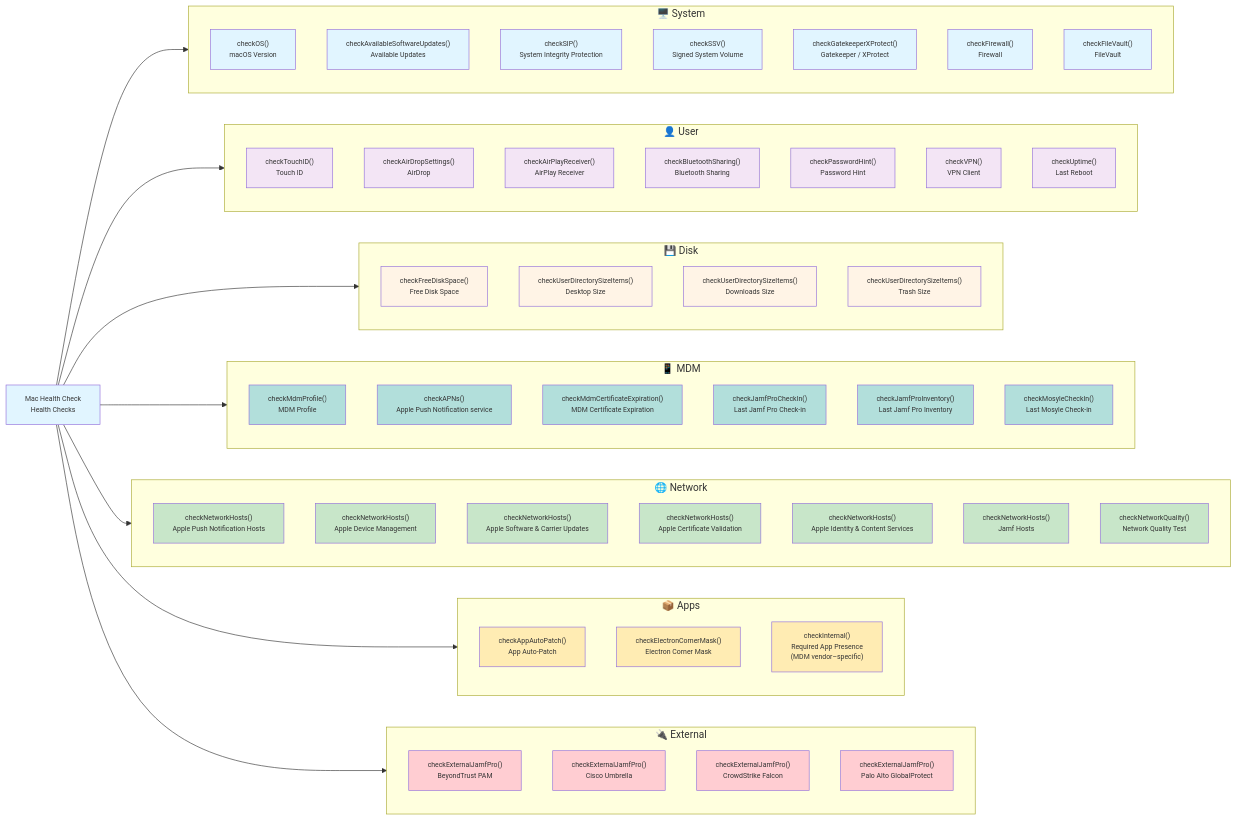
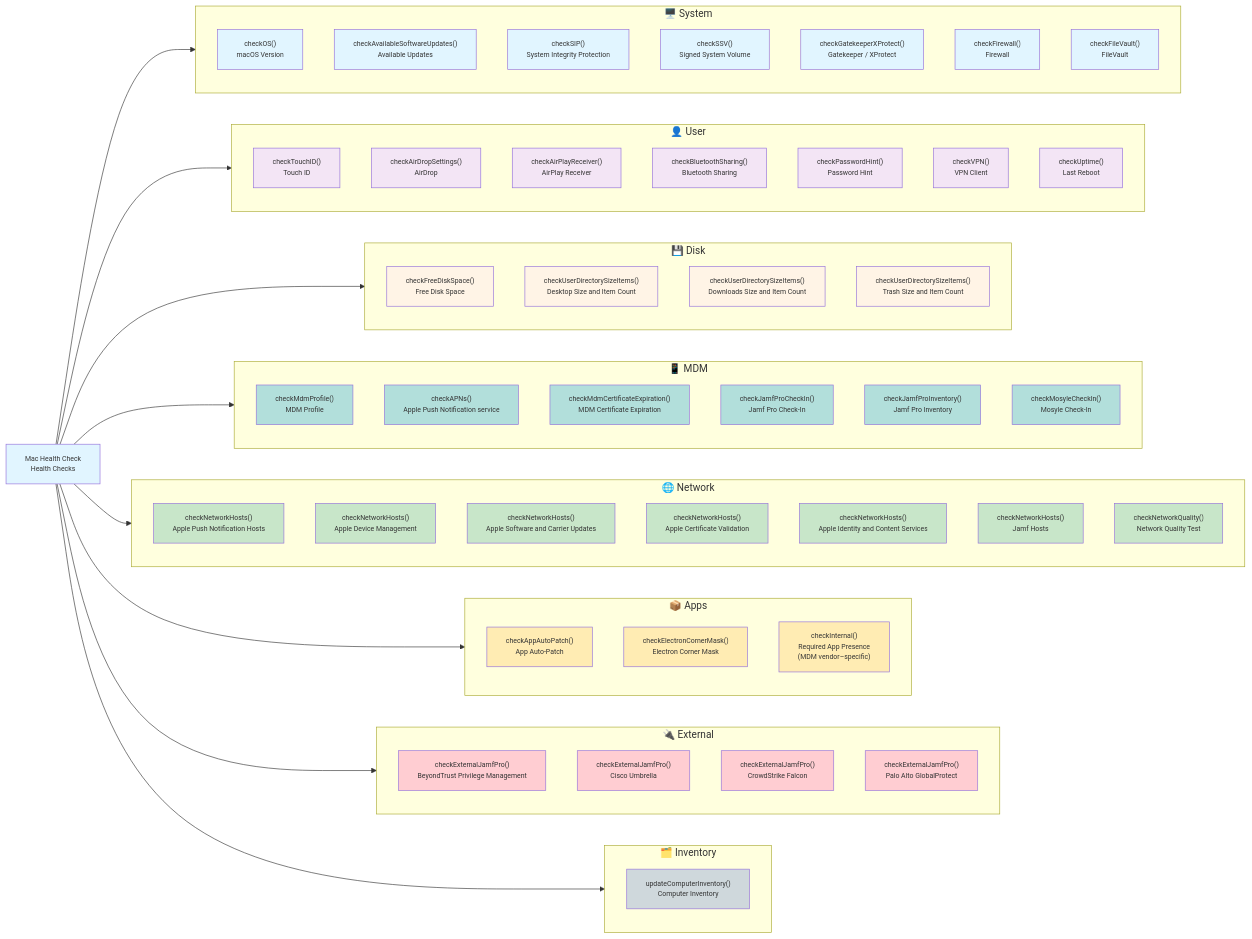
Before and after one commit to dan-snelson/Mac-Health-Check: the diagram in Diagrams/03-health-check-categories.md, drawn with Mermaid. The commit also changed other lines of this file and 15 other files, not shown here.

```diff
--- a/Diagrams/03-health-check-categories.md
+++ b/Diagrams/03-health-check-categories.md
@@ -44,9 +44,9 @@
 
     subgraph Disk["💾 Disk"]
         D1["checkFreeDiskSpace()<br>Free Disk Space"]
-        D2["checkUserDirectorySizeItems()<br>Desktop Size"]
-        D3["checkUserDirectorySizeItems()<br>Downloads Size"]
-        D4["checkUserDirectorySizeItems()<br>Trash Size"]
+        D2["checkUserDirectorySizeItems()<br>Desktop Size and Item Count"]
+        D3["checkUserDirectorySizeItems()<br>Downloads Size and Item Count"]
+        D4["checkUserDirectorySizeItems()<br>Trash Size and Item Count"]
 
         style D1 fill:#fff4e6
         style D2 fill:#fff4e6
@@ -58,9 +58,9 @@
         M1["checkMdmProfile()<br>MDM Profile"]
         M2["checkAPNs()<br>Apple Push Notification service"]
         M3["checkMdmCertificateExpiration()<br>MDM Certificate Expiration"]
-        M4["checkJamfProCheckIn()<br>Last Jamf Pro Check-in"]
-        M5["checkJamfProInventory()<br>Last Jamf Pro Inventory"]
-        M6["checkMosyleCheckIn()<br>Last Mosyle Check-in"]
+        M4["checkJamfProCheckIn()<br>Jamf Pro Check-In"]
+        M5["checkJamfProInventory()<br>Jamf Pro Inventory"]
+        M6["checkMosyleCheckIn()<br>Mosyle Check-In"]
 
         style M1 fill:#b2dfdb
         style M2 fill:#b2dfdb
@@ -73,9 +73,9 @@
     subgraph Network["🌐 Network"]
         N1["checkNetworkHosts()<br>Apple Push Notification Hosts"]
         N2["checkNetworkHosts()<br>Apple Device Management"]
-        N3["checkNetworkHosts()<br>Apple Software & Carrier Updates"]
+        N3["checkNetworkHosts()<br>Apple Software and Carrier Updates"]
         N4["checkNetworkHosts()<br>Apple Certificate Validation"]
-        N5["checkNetworkHosts()<br>Apple Identity & Content Services"]
+        N5["checkNetworkHosts()<br>Apple Identity and Content Services"]
         N6["checkNetworkHosts()<br>Jamf Hosts"]
         N7["checkNetworkQuality()<br>Network Quality Test"]
 
@@ -99,7 +99,7 @@
     end
 
     subgraph External["🔌 External"]
-        E1["checkExternalJamfPro()<br>BeyondTrust PAM"]
+        E1["checkExternalJamfPro()<br>BeyondTrust Privilege Management"]
         E2["checkExternalJamfPro()<br>Cisco Umbrella"]
         E3["checkExternalJamfPro()<br>CrowdStrike Falcon"]
         E4["checkExternalJamfPro()<br>Palo Alto GlobalProtect"]
@@ -110,6 +110,12 @@
         style E4 fill:#ffcdd2
     end
 
+    subgraph Inventory["🗂️ Inventory"]
+        I1["updateComputerInventory()<br>Computer Inventory"]
+
+        style I1 fill:#cfd8dc
+    end
+
     MHC --> System
     MHC --> User
     MHC --> Disk
@@ -117,6 +123,7 @@
     MHC --> Network
     MHC --> Apps
     MHC --> External
+    MHC --> Inventory
 
     style MHC fill:#e1f5ff
 
```
